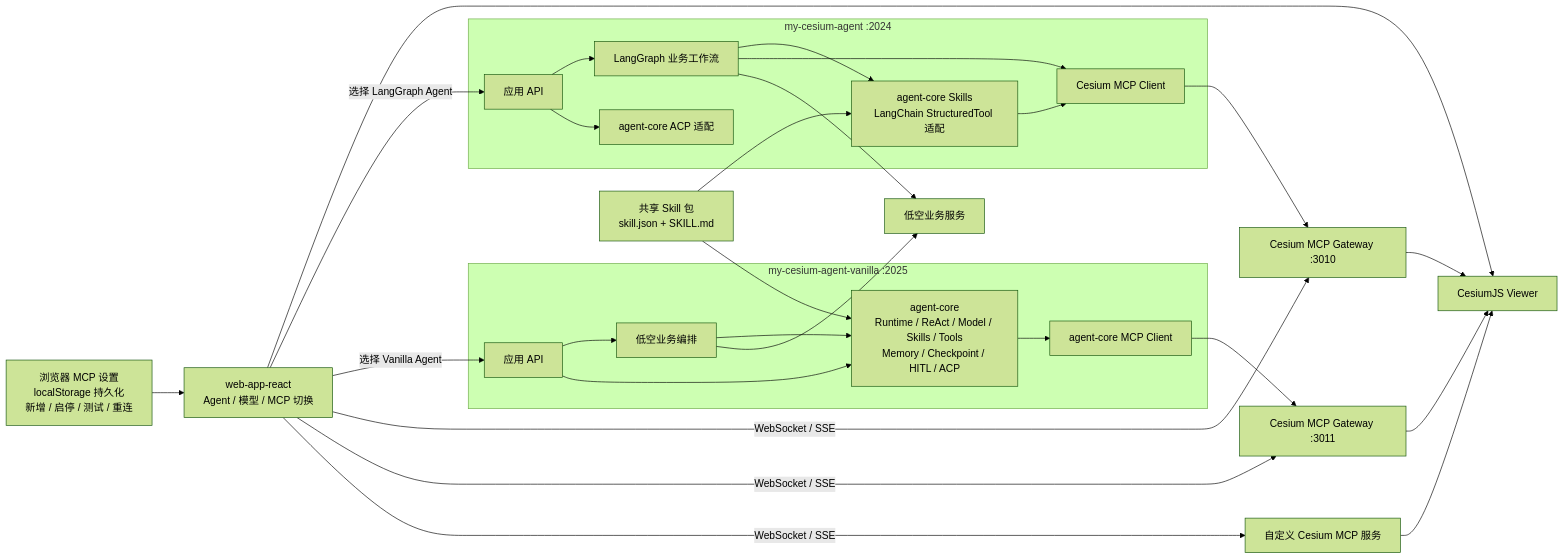
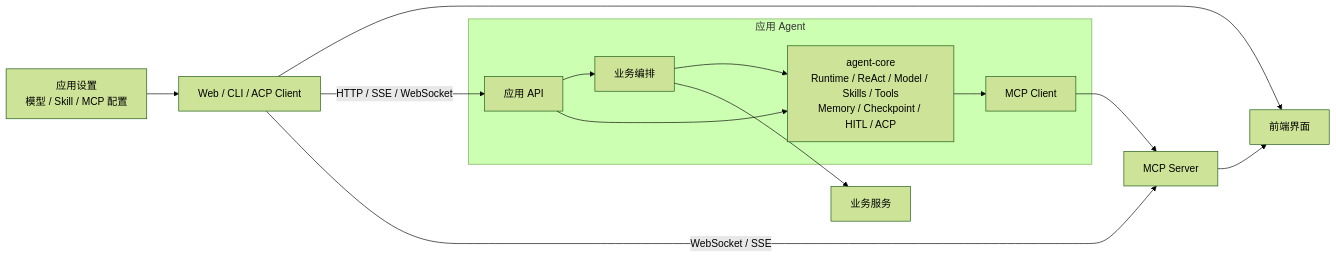
The fourth of 4 diagrams in docs/ARCHITECTURE.md (qiuzixu/agent-core), drawn with Mermaid (forest theme) before and after one commit. The commit also changed other lines of this file and 6 other files, not shown here.

````diff
--- a/docs/ARCHITECTURE.md
+++ b/docs/ARCHITECTURE.md
@@ -236,56 +236,30 @@
 ```mermaid
 flowchart LR
-    WEB["web-app-react<br/>Agent / 模型 / MCP 切换"]
-    MCPSETTINGS["浏览器 MCP 设置<br/>localStorage 持久化<br/>新增 / 启停 / 测试 / 重连"]
+    WEB["Web / CLI / ACP Client"]
+    SETTINGS["应用设置<br/>模型 / Skill / MCP 配置"]
 
-    subgraph LANGGRAPH["my-cesium-agent :2024"]
-        LGAPI["应用 API"]
-        LGFLOW["LangGraph 业务工作流"]
-        LGACP["agent-core ACP 适配"]
-        LGSKILL["agent-core Skills<br/>LangChain StructuredTool 适配"]
-        LGMCP["Cesium MCP Client"]
+    subgraph AGENT["应用 Agent"]
+        API["应用 API"]
+        BUSINESS["业务编排"]
+        CORE["agent-core<br/>Runtime / ReAct / Model / Skills / Tools<br/>Memory / Checkpoint / HITL / ACP"]
+        MCP["MCP Client"]
     end
 
-    subgraph VANILLA["my-cesium-agent-vanilla :2025"]
-        VAPI["应用 API"]
-        VBUSINESS["低空业务编排"]
-        VCORE["agent-core<br/>Runtime / ReAct / Model / Skills / Tools<br/>Memory / Checkpoint / HITL / ACP"]
-        VMCP["agent-core MCP Client"]
-    end
+    GW["MCP Server"]
+    VIEWER["前端界面"]
+    BUSINESSAPI["业务服务"]
 
-    GW1["Cesium MCP Gateway :3010"]
-    GW2["Cesium MCP Gateway :3011"]
-    CUSTOMGW["自定义 Cesium MCP 服务"]
-    VIEWER["CesiumJS Viewer"]
-    BUSINESSAPI["低空业务服务"]
-    SHAREDSKILLS["共享 Skill 包<br/>skill.json + SKILL.md"]
+    SETTINGS --> WEB
+    WEB --> VIEWER
+    WEB -->|HTTP / SSE / WebSocket| API
+    WEB -->|WebSocket / SSE| GW
 
-    MCPSETTINGS --> WEB
-    WEB --> VIEWER
-    WEB -->|选择 LangGraph Agent| LGAPI
-    WEB -->|选择 Vanilla Agent| VAPI
-    WEB -->|WebSocket / SSE| GW1
-    WEB -->|WebSocket / SSE| GW2
-    WEB -->|WebSocket / SSE| CUSTOMGW
+    API --> BUSINESS
+    API --> CORE
+    BUSINESS --> CORE
+    CORE --> MCP
+    BUSINESS --> BUSINESSAPI
+    MCP --> GW
 
-    LGAPI --> LGFLOW
-    LGAPI --> LGACP
-    LGFLOW --> LGSKILL
-    SHAREDSKILLS --> LGSKILL
-    LGSKILL --> LGMCP
-    LGFLOW --> LGMCP
-    LGFLOW --> BUSINESSAPI
-    LGMCP --> GW1
-
-    VAPI --> VBUSINESS
-    VAPI --> VCORE
-    VBUSINESS --> VCORE
-    SHAREDSKILLS --> VCORE
-    VCORE --> VMCP
-    VBUSINESS --> BUSINESSAPI
-    VMCP --> GW2
-
-    GW1 --> VIEWER
-    GW2 --> VIEWER
-    CUSTOMGW --> VIEWER
+    GW --> VIEWER
 ```
````
